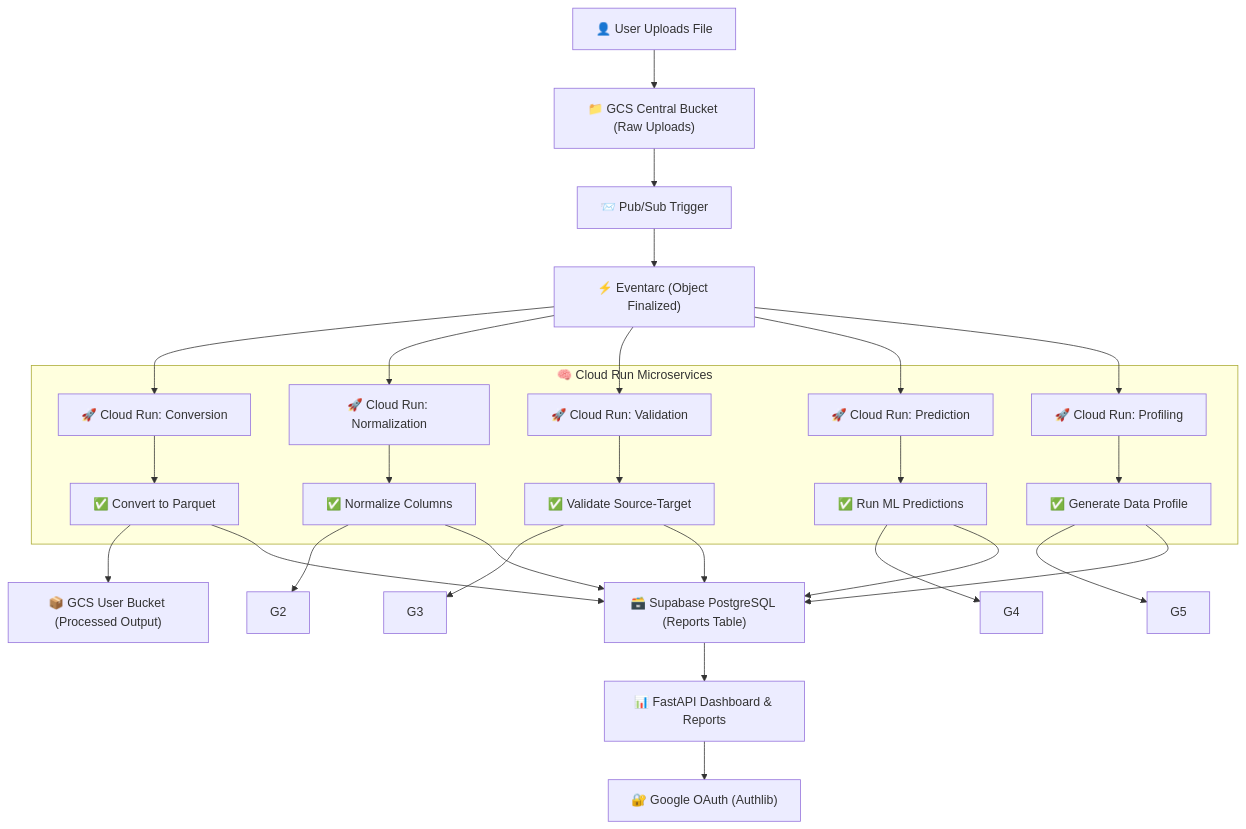
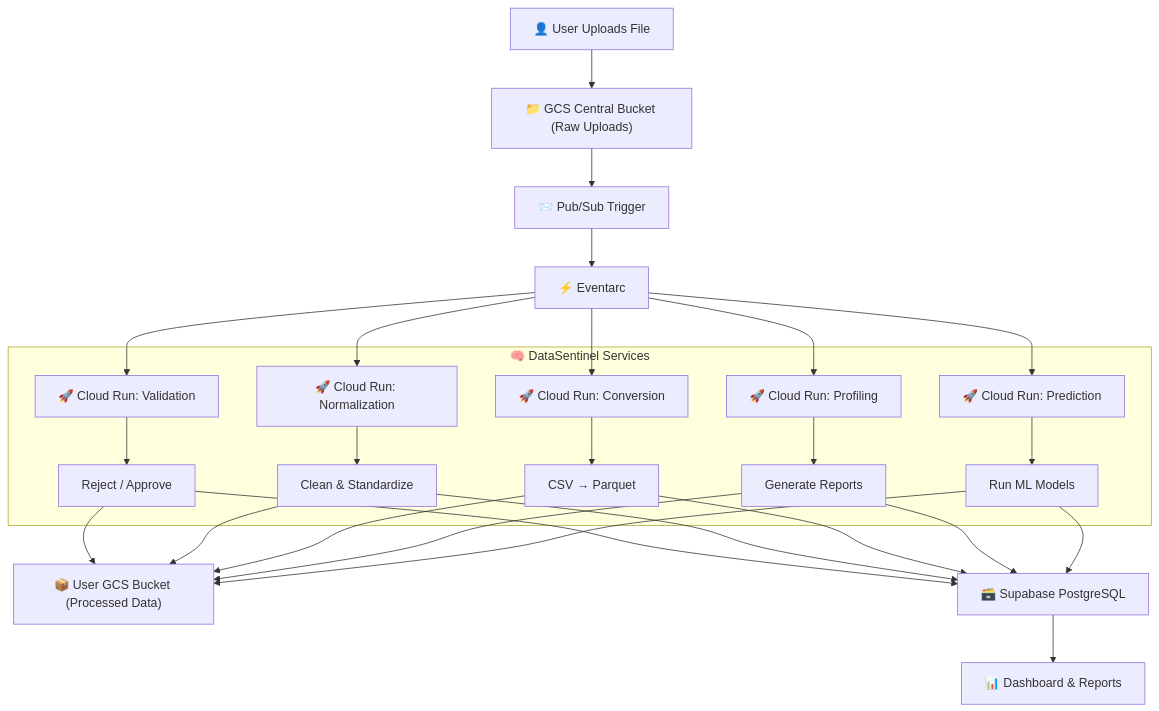
The diagram in README.md (vr2n/DataSentinel), drawn with Mermaid before and after one commit. The commit also changed other lines of this file, not shown here.

````diff
--- a/README.md
+++ b/README.md
@@ -37,38 +69,36 @@
 ```mermaid
 graph TD
 
     A[👤 User Uploads File] --> B["📁 GCS Central Bucket (Raw Uploads)"]
     B --> C["📨 Pub/Sub Trigger"]
-    C --> D["⚡ Eventarc (Object Finalized)"]
+    C --> D["⚡ Eventarc"]
 
-    D --> E1["🚀 Cloud Run: Conversion"]
+    D --> E1["🚀 Cloud Run: Validation"]
     D --> E2["🚀 Cloud Run: Normalization"]
-    D --> E3["🚀 Cloud Run: Validation"]
-    D --> E4["🚀 Cloud Run: Prediction"]
-    D --> E5["🚀 Cloud Run: Profiling"]
+    D --> E3["🚀 Cloud Run: Conversion"]
+    D --> E4["🚀 Cloud Run: Profiling"]
+    D --> E5["🚀 Cloud Run: Prediction"]
 
-    subgraph "🧠 Cloud Run Microservices"
-        E1 --> F1["✅ Convert to Parquet"]
-        E2 --> F2["✅ Normalize Columns"]
-        E3 --> F3["✅ Validate Source-Target"]
-        E4 --> F4["✅ Run ML Predictions"]
-        E5 --> F5["✅ Generate Data Profile"]
+    subgraph "🧠 DataSentinel Services"
+        E1 --> F1["Reject / Approve"]
+        E2 --> F2["Clean & Standardize"]
+        E3 --> F3["CSV → Parquet"]
+        E4 --> F4["Generate Reports"]
+        E5 --> F5["Run ML Models"]
     end
 
-    F1 --> G1["📦 GCS User Bucket (Processed Output)"]
-    F2 --> G2
-    F3 --> G3
-    F4 --> G4
-    F5 --> G5
+    F1 --> G["📦 User GCS Bucket (Processed Data)"]
+    F2 --> G
+    F3 --> G
+    F4 --> G
+    F5 --> G
 
-    F1 --> DB["🗃️ Supabase PostgreSQL (Reports Table)"]
+    F1 --> DB["🗃️ Supabase PostgreSQL"]
     F2 --> DB
     F3 --> DB
     F4 --> DB
     F5 --> DB
 
-    DB --> H["📊 FastAPI Dashboard & Reports"]
-    H --> I["🔐 Google OAuth (Authlib)"]
-
+    DB --> H["📊 Dashboard & Reports"]
 
 ```
````
